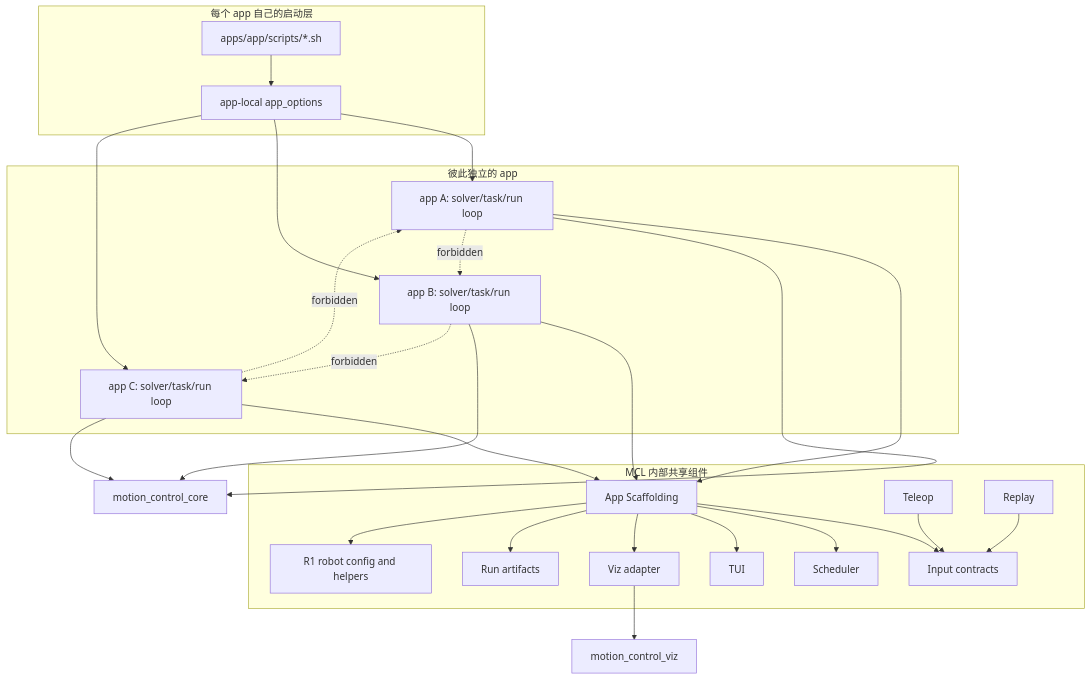
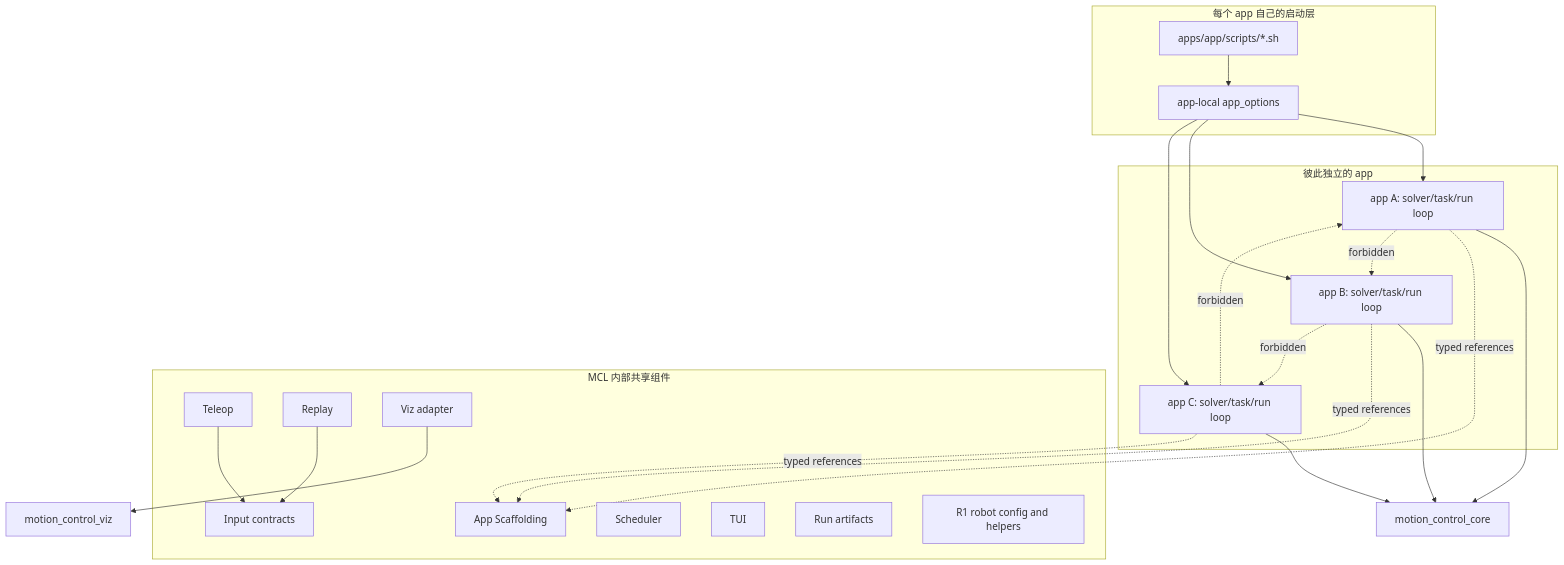
Before and after one commit to TANG617/motion_control_lab: the first of 3 diagrams in docs/app_component_architecture.md, drawn with Mermaid. The commit also changed other lines of this file and 187 other files, not shown here.

````diff
--- a/docs/app_component_architecture.md
+++ b/docs/app_component_architecture.md
@@ -32,54 +32,48 @@
 ```mermaid
 flowchart TB
   subgraph Launch[每个 app 自己的启动层]
     Scripts["apps/app/scripts/*.sh"]
     Options["app-local app_options"]
   end
 
   subgraph Apps[彼此独立的 app]
     AppA["app A: solver/task/run loop"]
     AppB["app B: solver/task/run loop"]
     AppC["app C: solver/task/run loop"]
   end
 
   subgraph Shared[MCL 内部共享组件]
     Scaffold[App Scaffolding]
     Input[Input contracts]
     Teleop[Teleop]
     Replay[Replay]
     Scheduler[Scheduler]
     TUI[TUI]
     VizAdapter[Viz adapter]
     Artifacts[Run artifacts]
     Robot[R1 robot config and helpers]
   end
 
   MCC[motion_control_core]
   MCV[motion_control_viz]
 
   Scripts --> Options
   Options --> AppA
   Options --> AppB
   Options --> AppC
 
-  AppA --> Scaffold
-  AppB --> Scaffold
-  AppC --> Scaffold
   AppA --> MCC
   AppB --> MCC
   AppC --> MCC
 
-  Scaffold --> Input
-  Scaffold --> Scheduler
-  Scaffold --> TUI
-  Scaffold --> VizAdapter
-  Scaffold --> Artifacts
-  Scaffold --> Robot
+  AppA -. typed references .-> Scaffold
+  AppB -. typed references .-> Scaffold
+  AppC -. typed references .-> Scaffold
   Teleop --> Input
   Replay --> Input
   VizAdapter --> MCV
 
   AppA -. forbidden .-> AppB
   AppB -. forbidden .-> AppC
   AppC -. forbidden .-> AppA
 ```
````
